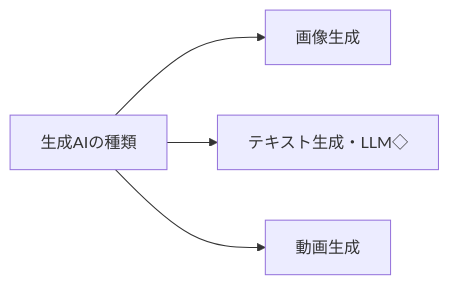
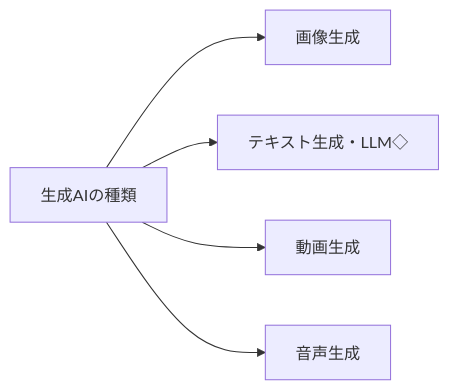
Before and after one commit to SparklingDetergent/doc_genai_Using_Generative_AI_with_Mac_Mini_-Introduction-: the sixth of 14 diagrams in README.md, drawn with Mermaid.

````diff
--- a/README.md
+++ b/README.md
@@ -135,6 +135,7 @@
 ```mermaid
 graph LR
     A[生成AIの種類] --> B[画像生成]
     A --> C[テキスト生成・LLM◇]
     A --> D[動画生成]
+    A --> E[音声生成]
 ```
````
